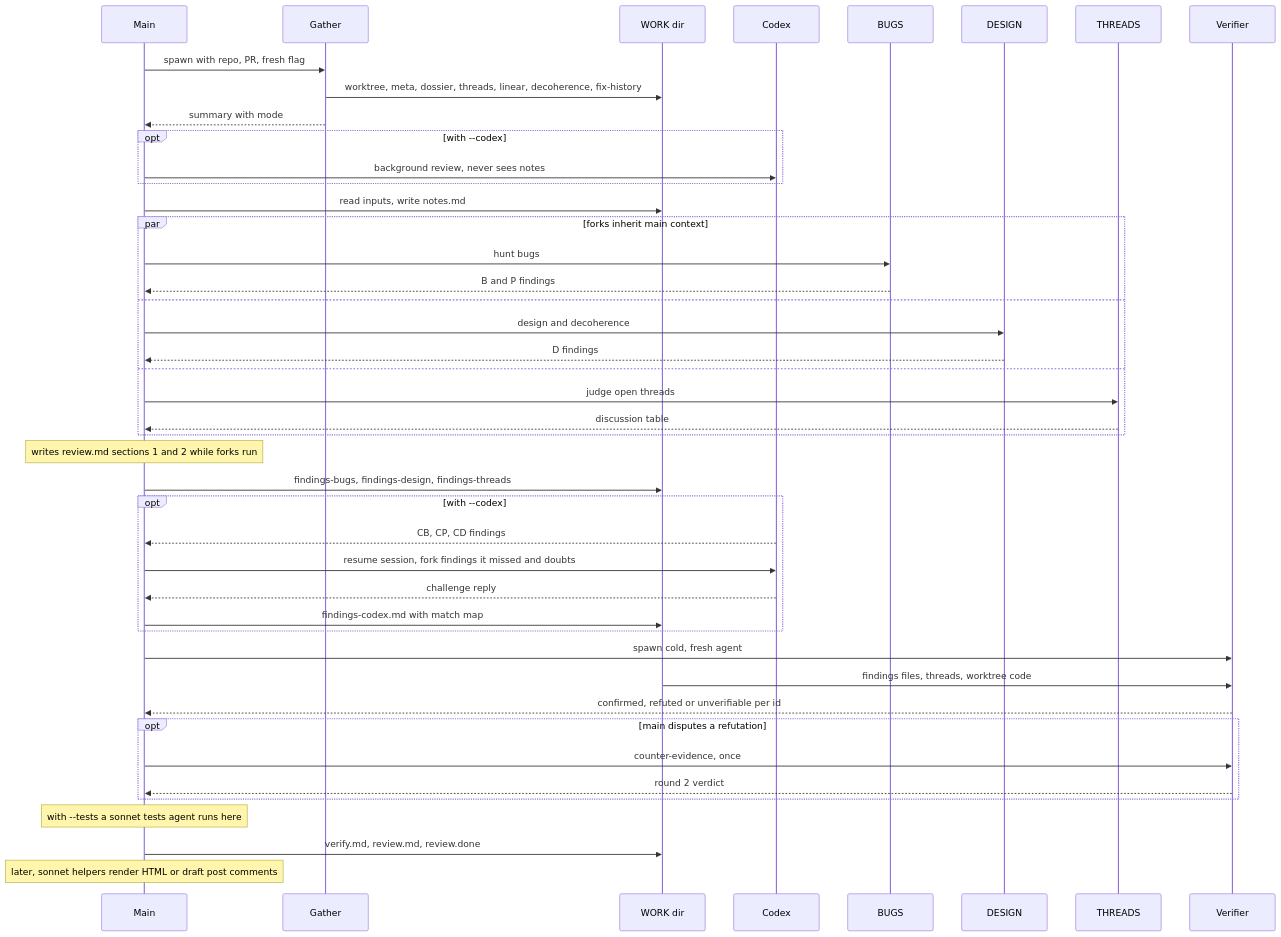
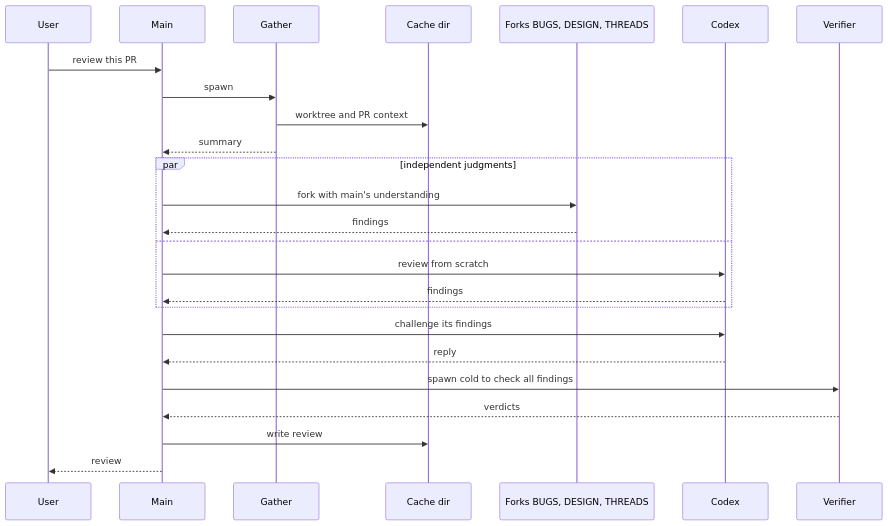
One commit to spalladino/claude-skills changed the diagram in review-pr/README.md. Above: the diagram before and after it, drawn with Mermaid. The commit also changed other lines of this file and 10 other files, not shown here.

First line of the commit message:
refactor(review-pr,self-review): trim both skills and simplify README diagrams

````diff
--- a/review-pr/README.md
+++ b/review-pr/README.md
@@ -47,46 +47,27 @@
 ```mermaid
 sequenceDiagram
+    participant U as User
     participant M as Main
     participant G as Gather
-    participant W as WORK dir
+    participant W as Cache dir
+    participant F as Forks BUGS, DESIGN, THREADS
     participant C as Codex
-    participant B as BUGS
-    participant D as DESIGN
-    participant T as THREADS
     participant V as Verifier
-    M->>G: spawn with repo, PR, fresh flag
-    G->>W: worktree, meta, dossier, threads, linear, decoherence, fix-history
-    G-->>M: summary with mode
-    opt with --codex
-        M->>C: background review, never sees notes
+    U->>M: review this PR
+    M->>G: spawn
+    G->>W: worktree and PR context
+    G-->>M: summary
+    par independent judgments
+        M->>F: fork with main's understanding
+        F-->>M: findings
+    and
+        M->>C: review from scratch
+        C-->>M: findings
     end
-    M->>W: read inputs, write notes.md
-    par forks inherit main context
-        M->>B: hunt bugs
-        B-->>M: B and P findings
-    and
-        M->>D: design and decoherence
-        D-->>M: D findings
-    and
-        M->>T: judge open threads
-        T-->>M: discussion table
-    end
-    Note over M: writes review.md sections 1 and 2 while forks run
-    M->>W: findings-bugs, findings-design, findings-threads
-    opt with --codex
-        C-->>M: CB, CP, CD findings
-        M->>C: resume session, fork findings it missed and doubts
-        C-->>M: challenge reply
-        M->>W: findings-codex.md with match map
-    end
-    M->>V: spawn cold, fresh agent
-    W->>V: findings files, threads, worktree code
-    V-->>M: confirmed, refuted or unverifiable per id
-    opt main disputes a refutation
-        M->>V: counter-evidence, once
-        V-->>M: round 2 verdict
-    end
-    Note over M: with --tests a sonnet tests agent runs here
-    M->>W: verify.md, review.md, review.done
-    Note over M: later, sonnet helpers render HTML or draft post comments
+    M->>C: challenge its findings
+    C-->>M: reply
+    M->>V: spawn cold to check all findings
+    V-->>M: verdicts
+    M->>W: write review
+    M-->>U: review
 ```
````
